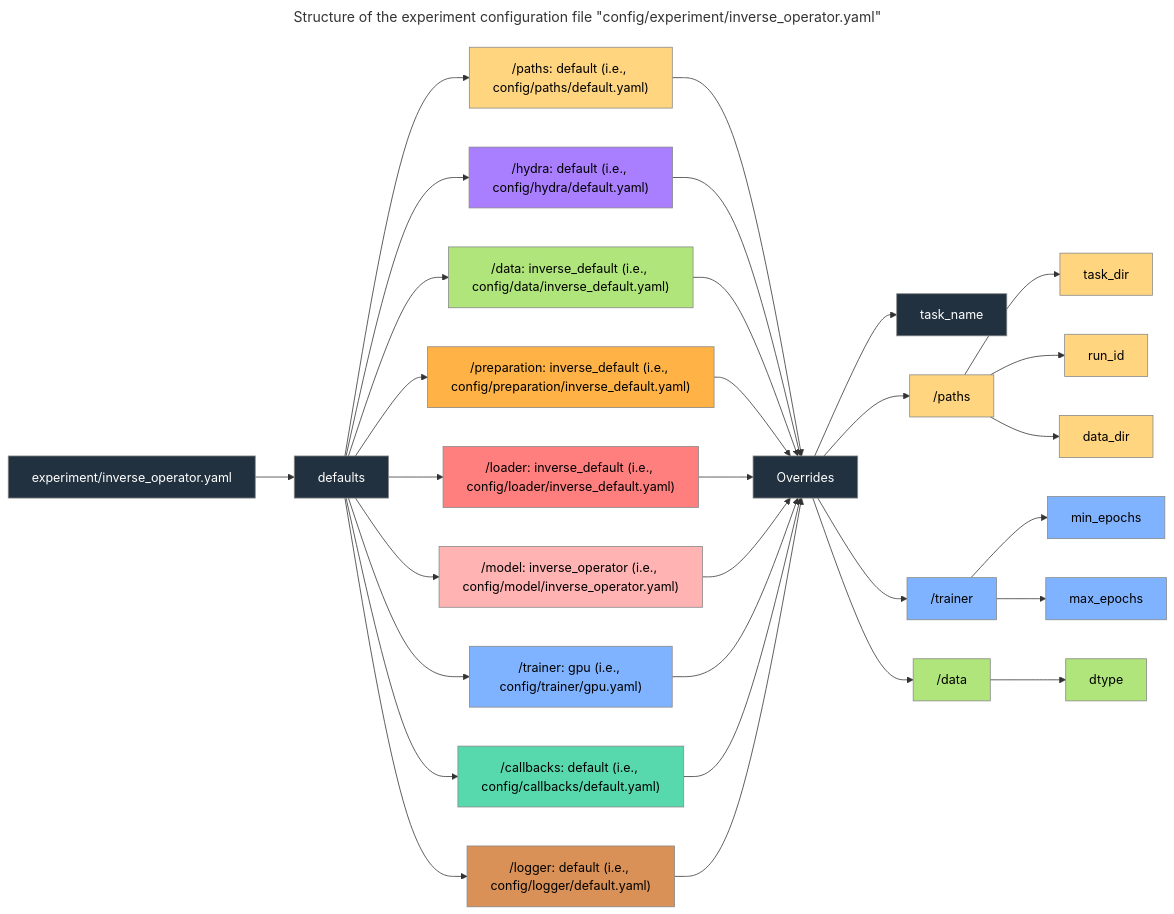
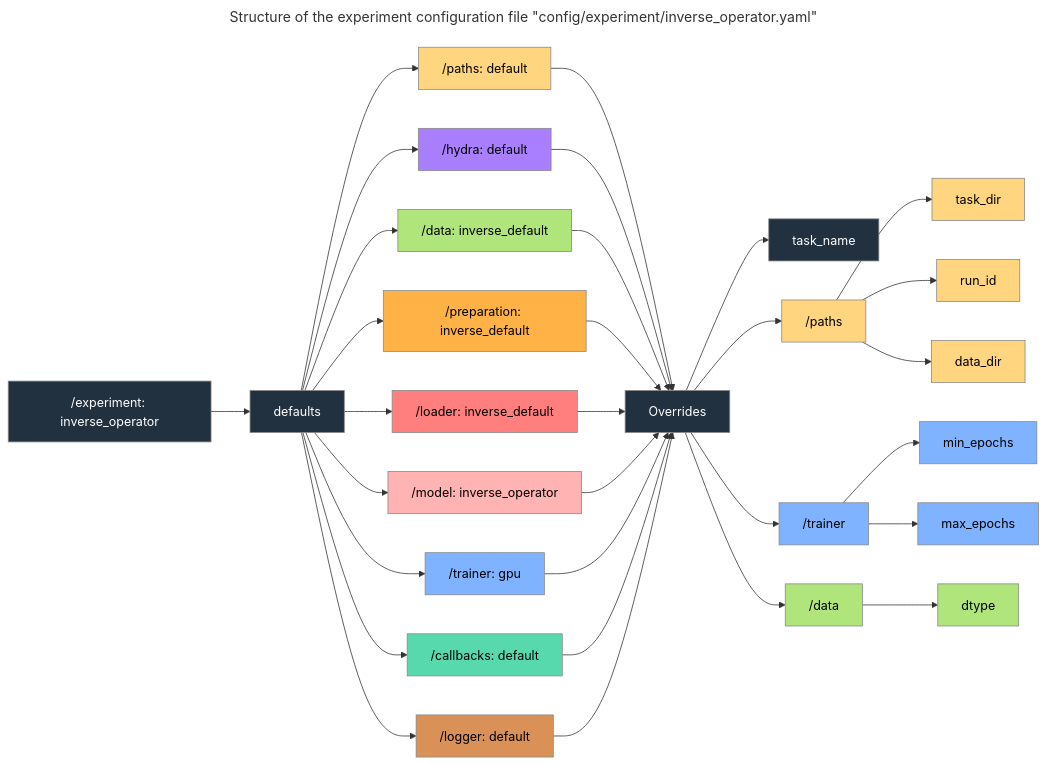
Before and after one commit to tremblaybenoit/RACCOONN: the first of 2 diagrams in README.md, drawn with Mermaid. The commit also changed other lines of this file, not shown here.

Commit message:
Reformulate the experiment configuration section in the ReadMe.

````diff
--- a/README.md
+++ b/README.md
@@ -52,66 +53,66 @@
 ```mermaid
 ---
 title: Structure of the experiment configuration file "config/experiment/inverse_operator.yaml"
 ---
 flowchart LR
-  A["experiment/inverse_operator.yaml"]
+  A["/experiment: inverse_operator"]
   A --> B["defaults"]
-  B --> B1["/paths: default (i.e., config/paths/default.yaml)"]
-  B --> B2["/hydra: default (i.e., config/hydra/default.yaml)"]
-  B --> B3["/data: inverse_default (i.e., config/data/inverse_default.yaml)"]
-  B --> B4["/preparation: inverse_default (i.e., config/preparation/inverse_default.yaml)"]
-  B --> B5["/loader: inverse_default (i.e., config/loader/inverse_default.yaml)"]
-  B --> B6["/model: inverse_operator (i.e., config/model/inverse_operator.yaml)"]
-  B --> B7["/trainer: gpu (i.e., config/trainer/gpu.yaml)"]
-  B --> B8["/callbacks: default (i.e., config/callbacks/default.yaml)"]
-  B --> B9["/logger: default (i.e., config/logger/default.yaml)"]
+  B --> B1["/paths: default"]
+  B --> B2["/hydra: default"]
+  B --> B3["/data: inverse_default"]
+  B --> B4["/preparation: inverse_default"]
+  B --> B5["/loader: inverse_default"]
+  B --> B6["/model: inverse_operator"]
+  B --> B7["/trainer: gpu"]
+  B --> B8["/callbacks: default"]
+  B --> B9["/logger: default"]
 
   %% Chaque override pointe vers final_overrides
   B1 --> C
   B2 --> C
   B3 --> C
   B4 --> C
   B5 --> C
   B6 --> C
   B7 --> C
   B8 --> C
   B9 --> C
 
   C["Overrides"]
   C --> C1["task_name"]
   C --> C2["/paths"]
   C2 --> C21["task_dir"]
   C2 --> C22["run_id"]
   C2 --> C23["data_dir"]
   C --> C3["/trainer"]
   C3 --> C31["min_epochs"]
   C3 --> C32["max_epochs"]
   C --> C4["/data"]
   C4 --> C41["dtype"]
 
   %% Couleurs par catégorie (texte blanc ou noir selon le fond)
   classDef experiment fill:#22313F,stroke:#888,stroke-width:1px,color:#fff;
   classDef final_overrides fill:#22313F,stroke:#888,stroke-width:1px,color:#fff;
   classDef paths fill:#FFD580,stroke:#888,stroke-width:1px,color:#000;
   classDef hydra fill:#A97FFF,stroke:#888,stroke-width:1px,color:#000;
   classDef data fill:#B0E57C,stroke:#888,stroke-width:1px,color:#000;
   classDef preparation fill:#FFB347,stroke:#888,stroke-width:1px,color:#000;
   classDef loader fill:#FF7F7F,stroke:#888,stroke-width:1px,color:#000;
   classDef model fill:#FFB3B3,stroke:#888,stroke-width:1px,color:#000;
   classDef trainer fill:#80B3FF,stroke:#888,stroke-width:1px,color:#000;
   classDef callbacks fill:#57D9AD,stroke:#888,stroke-width:1px,color:#000;
   classDef logger fill:#D99157,stroke:#888,stroke-width:1px,color:#000;
 
   %% Assignation des classes
   class A,B,C1 experiment;
   class C final_overrides;
   class B1,C2,C21,C22,C23 paths;
   class B2 hydra;
   class B3,C4,C41 data;
   class B4 preparation;
   class B5 loader;
   class B6,C5,C51 model;
   class B7,C3,C31,C32 trainer;
   class B8 callbacks;
   class B9 logger;
 ```
````
